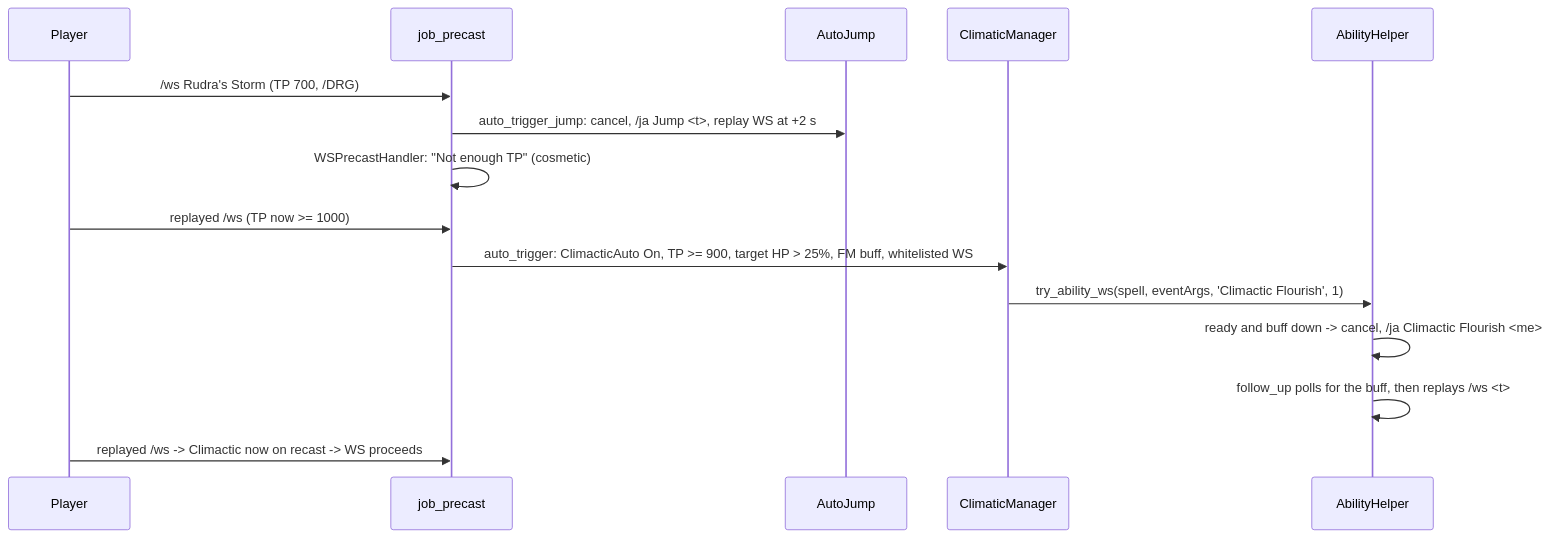
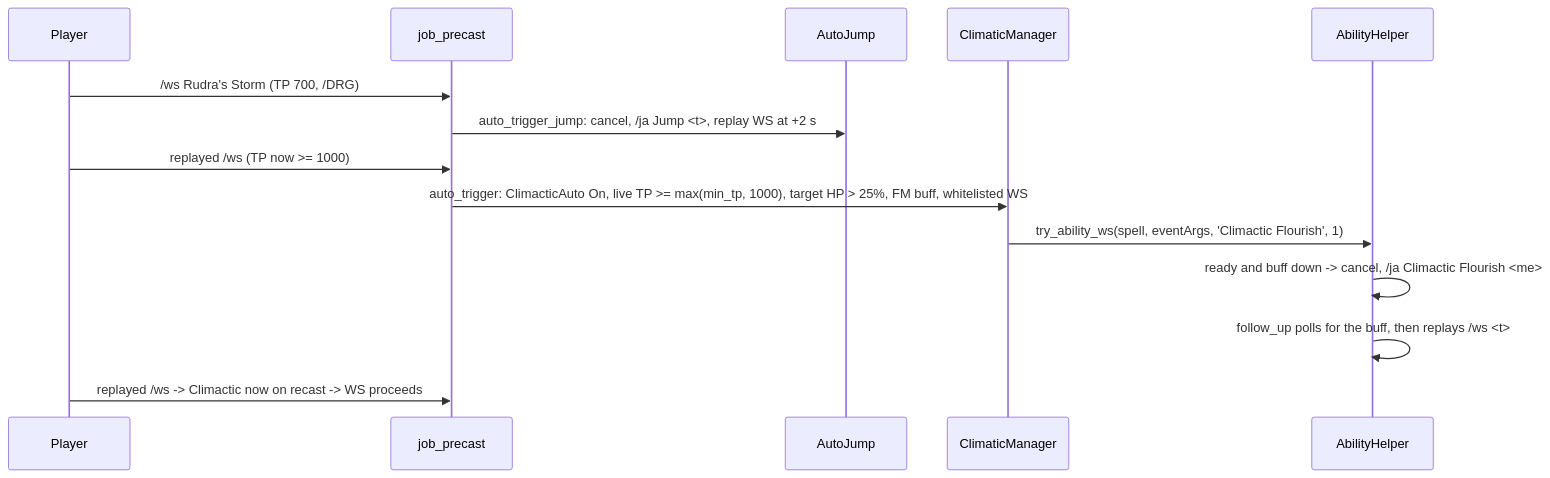
Before and after one commit to ejouanchicot/Gearswap: the third of 3 diagrams in docs/dev/jobs/dnc.md, drawn with Mermaid. The commit also changed other lines of this file and 3 other files, not shown here.

First line of the commit message:
fix(dnc): no false Not enough TP after AutoJump, Climactic only at 1000 TP

````diff
--- a/docs/dev/jobs/dnc.md
+++ b/docs/dev/jobs/dnc.md
@@ -183,17 +185,16 @@
 ```mermaid
 sequenceDiagram
     participant U as Player
     participant P as job_precast
     participant J as AutoJump
     participant C as ClimaticManager
     participant H as AbilityHelper
     U->>P: /ws Rudra's Storm (TP 700, /DRG)
     P->>J: auto_trigger_jump: cancel, /ja Jump <t>, replay WS at +2 s
-    P->>P: WSPrecastHandler: "Not enough TP" (cosmetic)
     U->>P: replayed /ws (TP now >= 1000)
-    P->>C: auto_trigger: ClimacticAuto On, TP >= 900, target HP > 25%, FM buff, whitelisted WS
+    P->>C: auto_trigger: ClimacticAuto On, live TP >= max(min_tp, 1000), target HP > 25%, FM buff, whitelisted WS
     C->>H: try_ability_ws(spell, eventArgs, 'Climactic Flourish', 1)
     H->>H: ready and buff down -> cancel, /ja Climactic Flourish <me>
     H->>H: follow_up polls for the buff, then replays /ws <t>
     U->>P: replayed /ws -> Climactic now on recast -> WS proceeds
 ```
````
